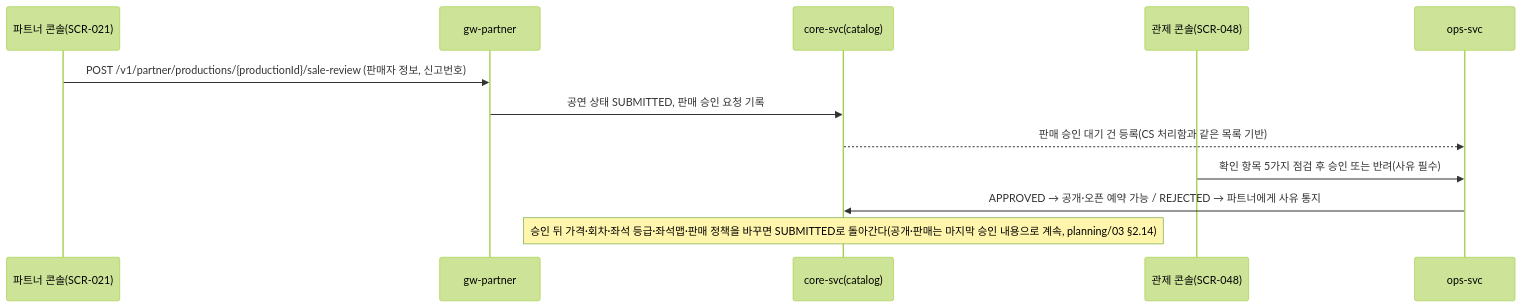
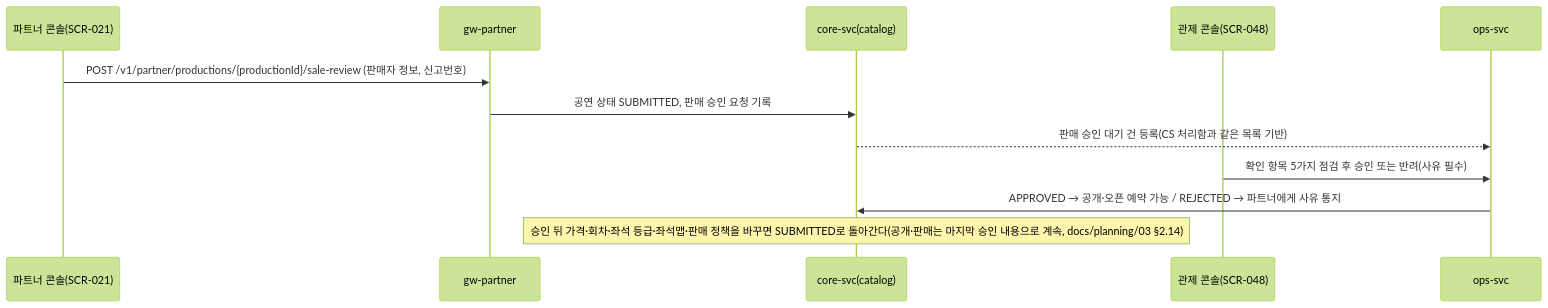
Before and after one commit to peaket/peaket: the first of 4 diagrams in docs/features/transfer-refund.md, drawn with Mermaid (forest theme). The commit also changed other lines of this file and 149 other files, not shown here.

````diff
--- a/docs/features/transfer-refund.md
+++ b/docs/features/transfer-refund.md
@@ -30,14 +30,14 @@
 ```mermaid
 sequenceDiagram
     participant PC as 파트너 콘솔(SCR-021)
     participant GP as gw-partner
     participant C as core-svc(catalog)
     participant OC as 관제 콘솔(SCR-048)
     participant O as ops-svc
     PC->>GP: POST /v1/partner/productions/{productionId}/sale-review (판매자 정보, 신고번호)
     GP->>C: 공연 상태 SUBMITTED, 판매 승인 요청 기록
     C-->>O: 판매 승인 대기 건 등록(CS 처리함과 같은 목록 기반)
     OC->>O: 확인 항목 5가지 점검 후 승인 또는 반려(사유 필수)
     O->>C: APPROVED → 공개·오픈 예약 가능 / REJECTED → 파트너에게 사유 통지
-    Note over C: 승인 뒤 가격·회차·좌석 등급·좌석맵·판매 정책을 바꾸면 SUBMITTED로 돌아간다(공개·판매는 마지막 승인 내용으로 계속, planning/03 §2.14)
+    Note over C: 승인 뒤 가격·회차·좌석 등급·좌석맵·판매 정책을 바꾸면 SUBMITTED로 돌아간다(공개·판매는 마지막 승인 내용으로 계속, docs/planning/03 §2.14)
 ```
````
